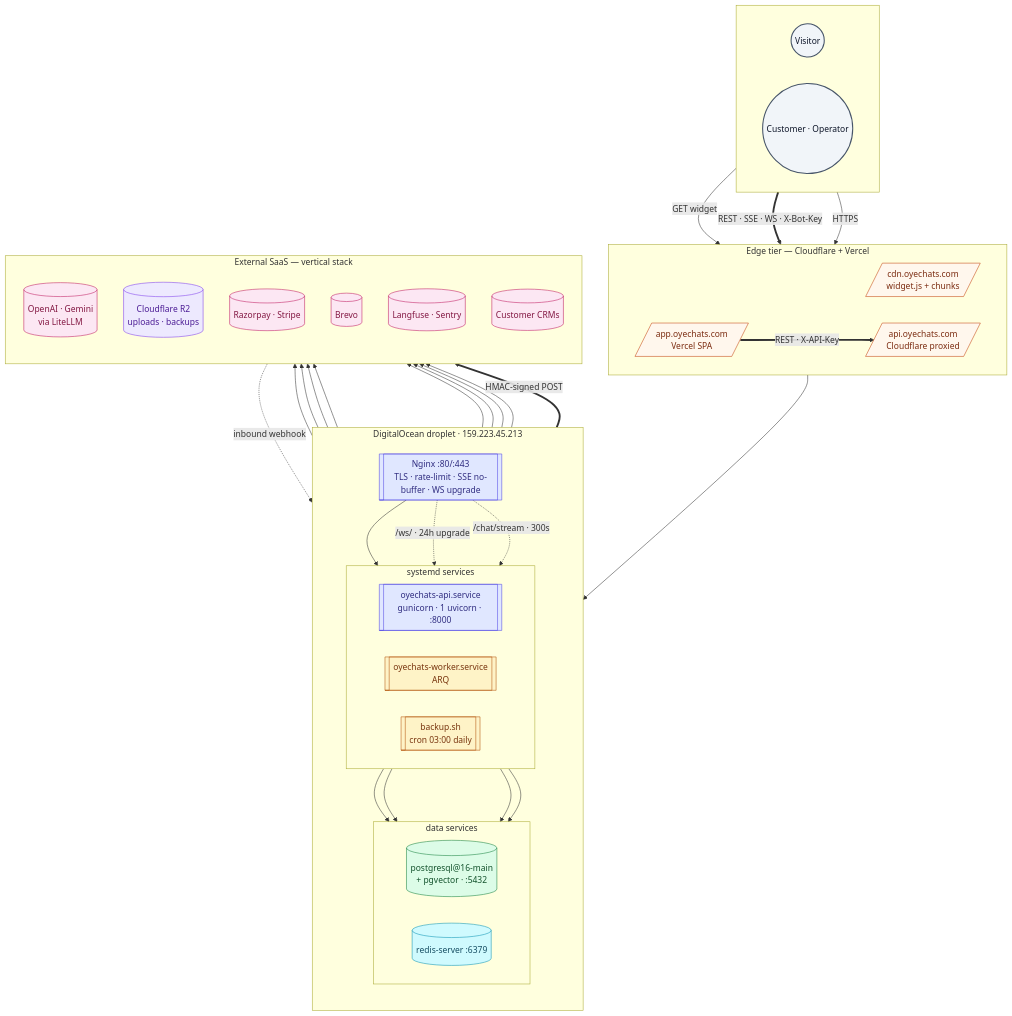
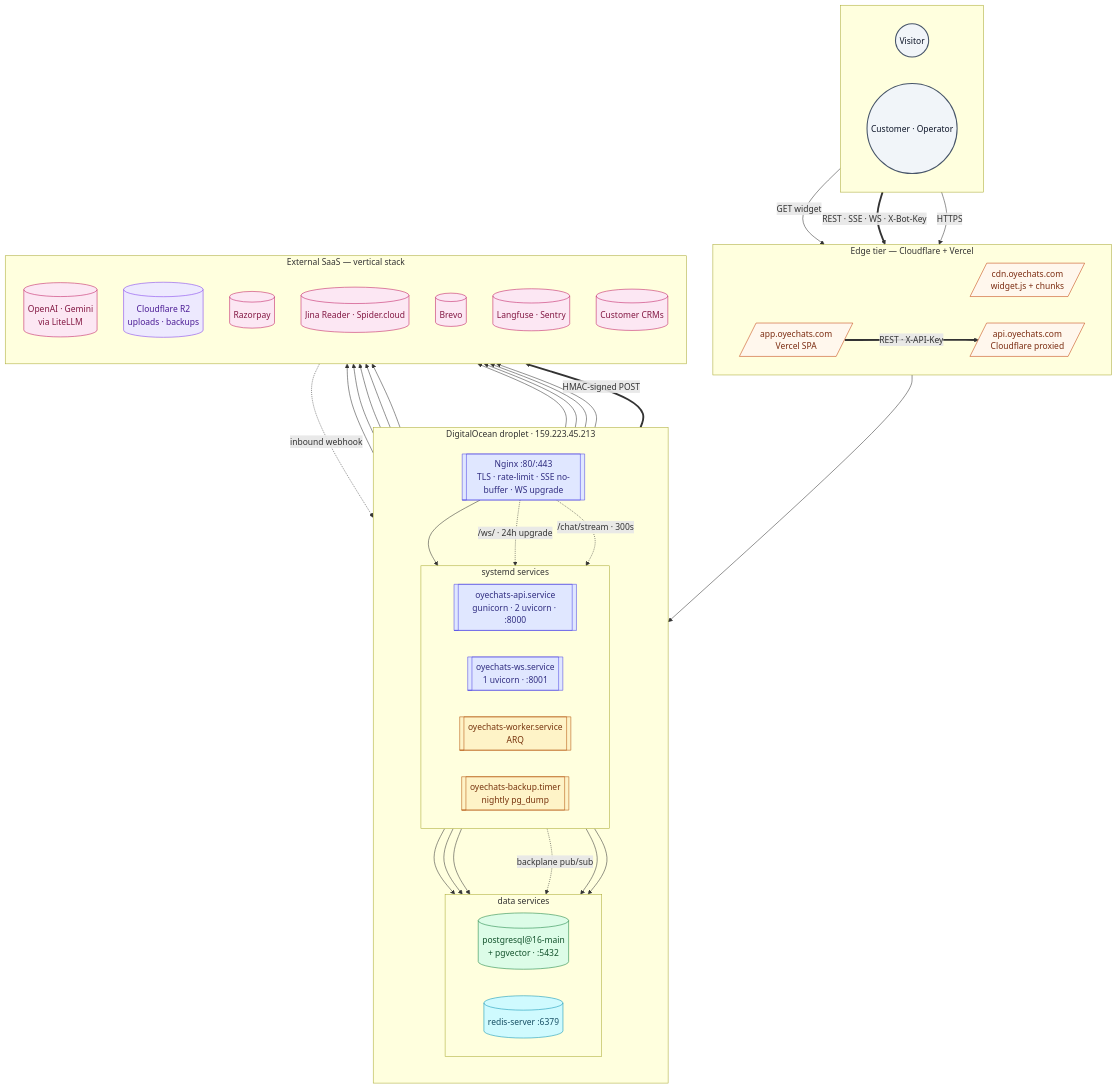
Before and after one commit to digibranders/oye-chats-platform: the diagram in docs/system-design/docs/07-deployment/topology.md, drawn with Mermaid. The commit also changed other lines of this file and 35 other files, not shown here.

First line of the commit message:
docs(system-design): the architecture site described a system two rewrites old

```diff
--- a/docs/system-design/docs/07-deployment/topology.md
+++ b/docs/system-design/docs/07-deployment/topology.md
@@ -43,9 +43,10 @@
       Nginx[["Nginx :80/:443<br/>TLS · rate-limit · SSE no-buffer · WS upgrade"]]:::host
       subgraph Services["systemd services"]
         direction LR
-        API[["oyechats-api.service<br/>gunicorn · 1 uvicorn · :8000"]]:::host
+        API[["oyechats-api.service<br/>gunicorn · 2 uvicorn · :8000"]]:::host
+        WS[["oyechats-ws.service<br/>1 uvicorn · :8001"]]:::host
         Worker[["oyechats-worker.service<br/>ARQ"]]:::worker
-        Backup[["backup.sh<br/>cron 03:00 daily"]]:::worker
+        Backup[["oyechats-backup.timer<br/>nightly pg_dump"]]:::worker
       end
       subgraph Stores["data services"]
         direction LR
@@ -53,10 +54,12 @@
         Redis[("redis-server :6379")]:::cache
       end
       Nginx --> API
-      Nginx -. "/ws/ · 24h upgrade" .-> API
+      Nginx -. "/ws/ · 24h upgrade" .-> WS
       Nginx -. "/chat/stream · 300s" .-> API
       API --> PG
       API --> Redis
+      WS --> PG
+      WS -. "backplane pub/sub" .-> Redis
       Worker --> PG
       Worker --> Redis
     end
@@ -65,7 +68,8 @@
       direction TB
       LLM[("OpenAI · Gemini<br/>via LiteLLM")]:::ext
       Files[("Cloudflare R2<br/>uploads · backups")]:::storage
-      Pay[("Razorpay · Stripe")]:::ext
+      Pay[("Razorpay")]:::ext
+      Scrape[("Jina Reader · Spider.cloud")]:::ext
       Mail[("Brevo")]:::ext
       Obs[("Langfuse · Sentry")]:::ext
       CRM[("Customer CRMs")]:::ext
@@ -84,6 +88,7 @@
     API --> Files
     API --> Obs
     Worker --> Mail
+    Worker --> Scrape
     Worker --> Obs
     Worker == "HMAC-signed POST" ==> CRM
     Pay -. "inbound webhook" .-> Nginx
```
